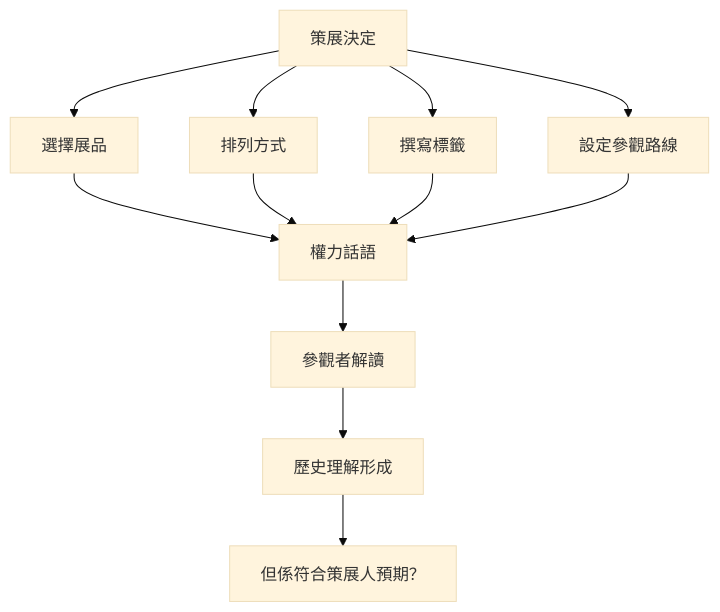
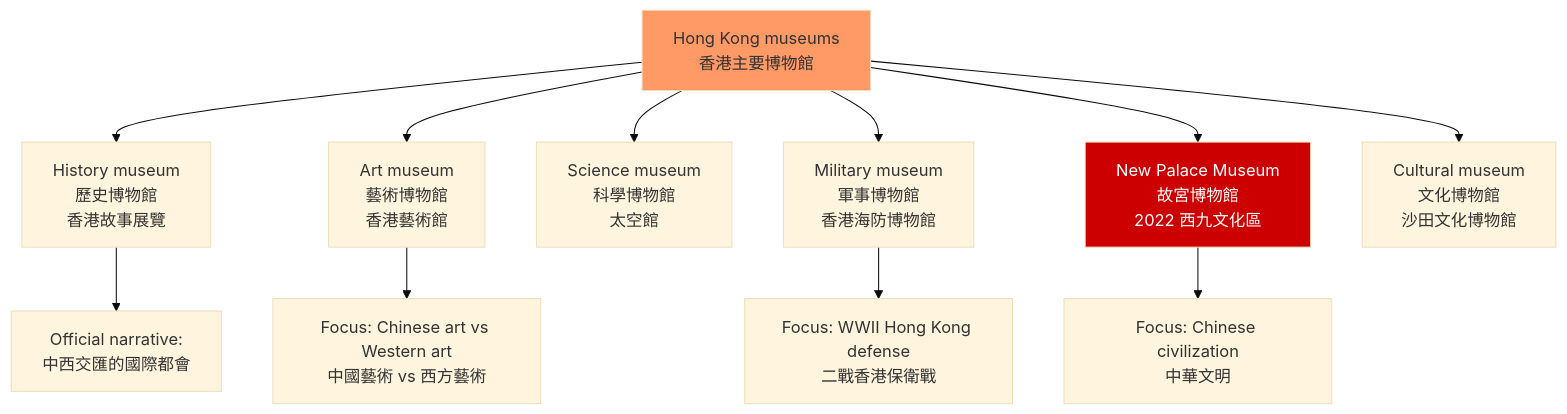
One commit to yip-lgtm/HKU-Harvard-History-Self-Study changed the fourth of 5 diagrams in 01_HKU_Courses/HIST4033_Museum_and_History.md. Above: the diagram before and after it, drawn with Mermaid (base theme). The commit also changed other lines of this file and 25 other files, not shown here.

````diff
--- a/01_HKU_Courses/HIST4033_Museum_and_History.md
+++ b/01_HKU_Courses/HIST4033_Museum_and_History.md
@@ -240,14 +172,17 @@
 ```mermaid
-flowchart TD
-    A[策展決定] --> B[選擇展品]
-    A --> C[排列方式]
-    A --> D[撰寫標籤]
-    A --> E[設定參觀路線]
-    B --> F[權力話語]
-    C --> F
-    D --> F
-    E --> F
-    F --> G[參觀者解讀]
-    G --> H[歷史理解形成]
-    H --> I[但係符合策展人預期？]
+graph TD
+    A[Hong Kong museums<br/>香港主要博物館] --> B[History museum<br/>歷史博物館<br/>香港故事展覽]
+    A --> C[Art museum<br/>藝術博物館<br/>香港藝術館]
+    A --> D[Science museum<br/>科學博物館<br/>太空館]
+    A --> E[Military museum<br/>軍事博物館<br/>香港海防博物館]
+    A --> F[New Palace Museum<br/>故宮博物館<br/>2022 西九文化區]
+    A --> G[Cultural museum<br/>文化博物館<br/>沙田文化博物館]
+    
+    B --> H[Official narrative:<br/>中西交匯的國際都會]
+    C --> I[Focus: Chinese art vs Western art<br/>中國藝術 vs 西方藝術]
+    E --> J[Focus: WWII Hong Kong defense<br/>二戰香港保衛戰]
+    F --> K[Focus: Chinese civilization<br/>中華文明]
+    
+    style A fill:#f96
+    style F fill:#c00,color:#fff
 ```
````
